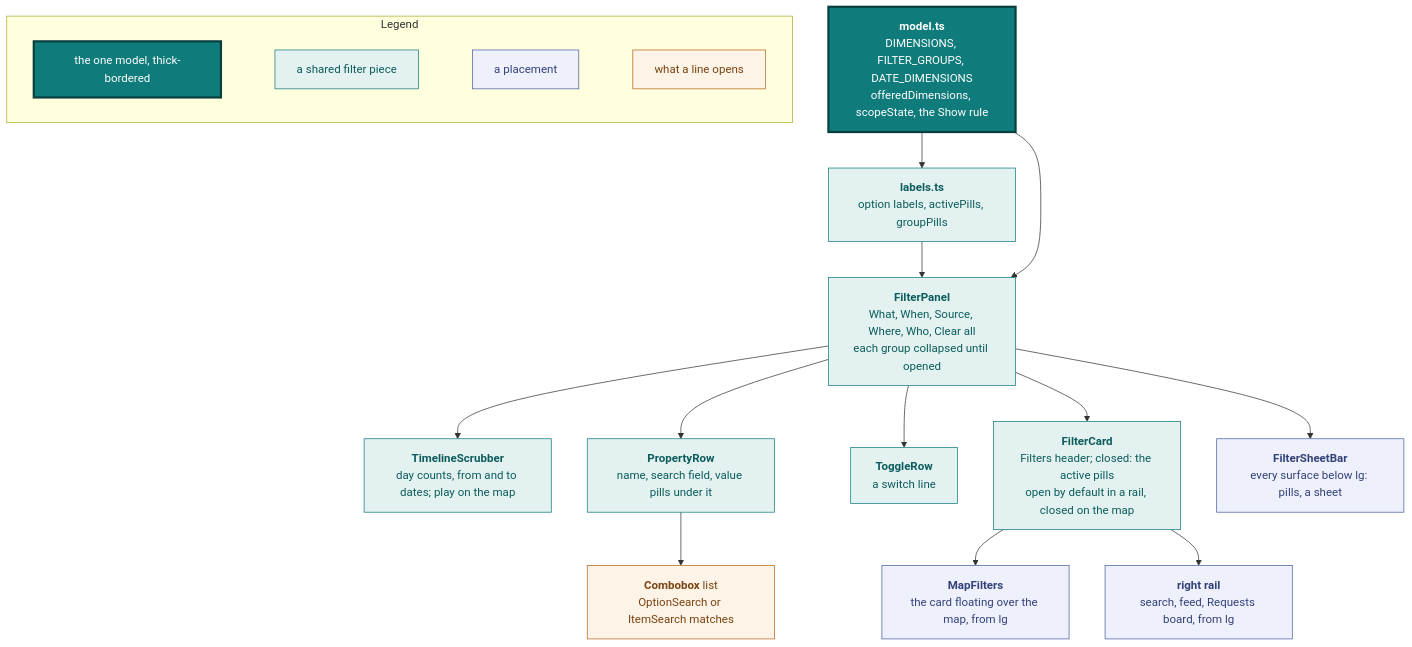
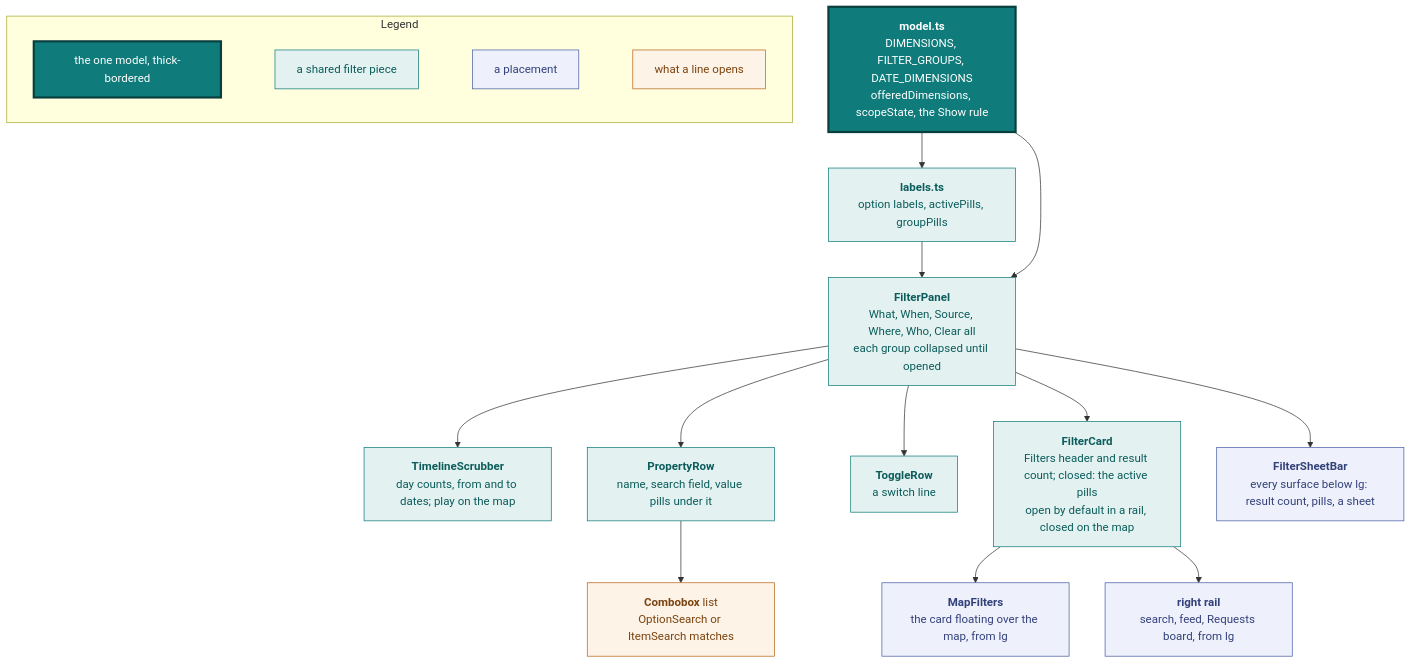
The eighth of 23 diagrams in docs/design.md (vidithq/vidit), drawn with Mermaid before and after one commit. The commit also changed other lines of this file and 28 other files, not shown here.

First line of the commit message:
feat(filters): the result count in the Filters header

````diff
--- a/docs/design.md
+++ b/docs/design.md
@@ -769,52 +769,52 @@
 ```mermaid
 flowchart TB
   classDef core fill:#0f7b7a,stroke:#083f3e,stroke-width:3px,color:#ffffff
   classDef shared fill:#e3f2f1,stroke:#0f7b7a,color:#0b5c5b
   classDef page fill:#eef1fb,stroke:#4a5fa5,color:#33417a
   classDef state fill:#fdf3e7,stroke:#b8661a,color:#7a430f
 
   subgraph legend [Legend]
     direction LR
     l1["`the one model, thick-bordered`"]:::core
     l2["`a shared filter piece`"]:::shared
     l3["`a placement`"]:::page
     l4["`what a line opens`"]:::state
     l1 ~~~ l2 ~~~ l3 ~~~ l4
   end
 
   model["`**model.ts**
   DIMENSIONS, FILTER_GROUPS, DATE_DIMENSIONS
   offeredDimensions, scopeState, the Show rule`"]:::core
   labels["`**labels.ts**
   option labels, activePills, groupPills`"]:::shared
   panel["`**FilterPanel**
   What, When, Source, Where, Who, Clear all
   each group collapsed until opened`"]:::shared
   timeline["`**TimelineScrubber**
   day counts, from and to dates; play on the map`"]:::shared
   line["`**PropertyRow**
   name, search field, value pills under it`"]:::shared
   toggle["`**ToggleRow**
   a switch line`"]:::shared
   matches["`**Combobox** list
   OptionSearch or ItemSearch matches`"]:::state
   card["`**FilterCard**
-  Filters header; closed: the active pills
+  Filters header and result count; closed: the active pills
   open by default in a rail, closed on the map`"]:::shared
   map["`**MapFilters**
   the card floating over the map, from lg`"]:::page
   rail["`**right rail**
   search, feed, Requests board, from lg`"]:::page
   phone["`**FilterSheetBar**
-  every surface below lg: pills, a sheet`"]:::page
+  every surface below lg: result count, pills, a sheet`"]:::page
 
   model --> labels --> panel
   model --> panel
   panel --> timeline
   panel --> line --> matches
   panel --> toggle
   panel --> card
   card --> map
   card --> rail
   panel --> phone
 ```
````
